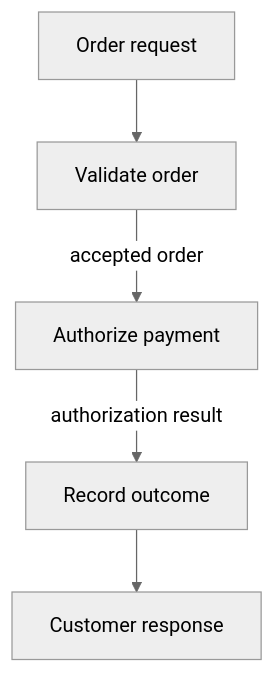
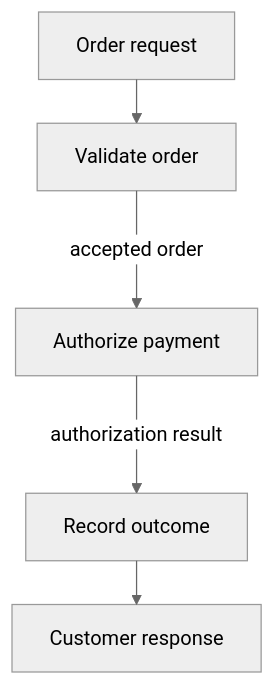
The fourth of 8 diagrams in skills/managing-as-is-document/diagram-examples.md (abstract-business-systems/as-is), drawn with Mermaid (neutral theme) before and after one commit. The commit also changed other lines of this file and 29 other files, not shown here.

````diff
--- a/skills/managing-as-is-document/diagram-examples.md
+++ b/skills/managing-as-is-document/diagram-examples.md
@@ -111,7 +135,11 @@
 ```mermaid
-flowchart TD
+---
+config:
+  layout: elk
+---
+flowchart TB
     Request["Order request"] --> Validation["Validate order"]
     Validation -->|accepted order| Authorization["Authorize payment"]
     Authorization -->|authorization result| Recording["Record outcome"]
     Recording --> Response["Customer response"]
 ```
````
